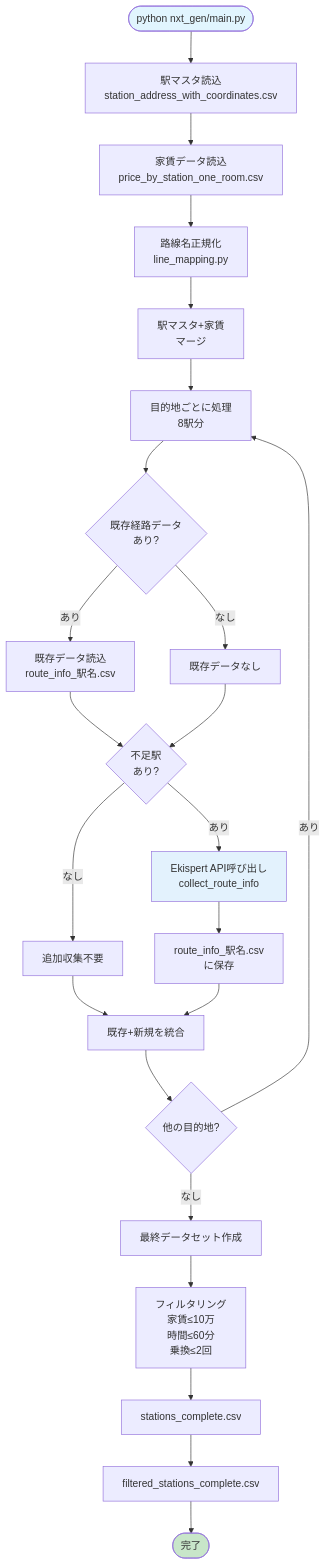
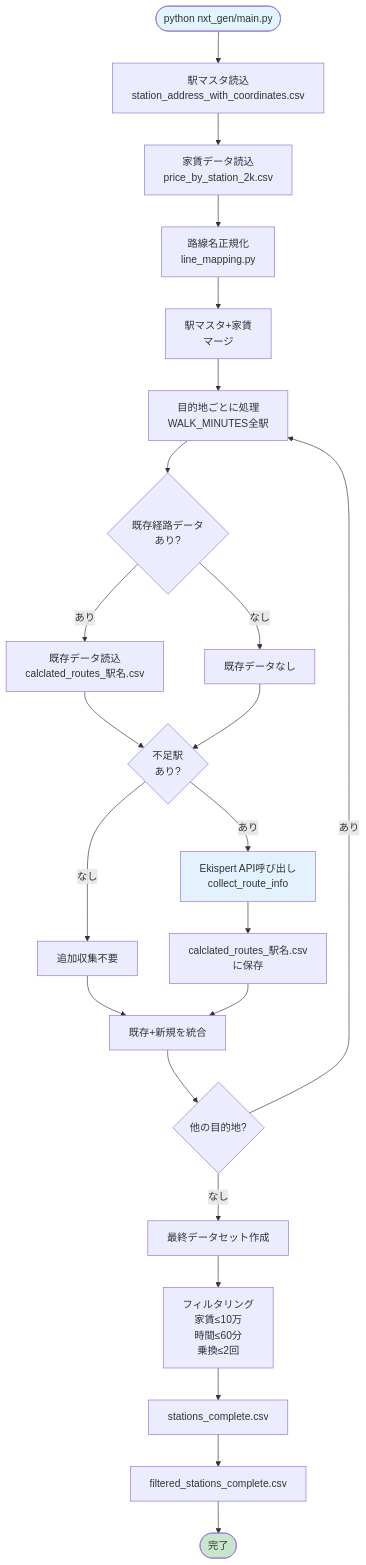
The third of 5 diagrams in PROJECT_OVERVIEW.md (masa350z/stationscraper), drawn with Mermaid before and after one commit. The commit also changed other lines of this file and 37 other files, not shown here.

````diff
--- a/PROJECT_OVERVIEW.md
+++ b/PROJECT_OVERVIEW.md
@@ -278,38 +331,38 @@
 ```mermaid
 flowchart TD
     START([python nxt_gen/main.py]) --> LOAD1[駅マスタ読込<br/>station_address_with_coordinates.csv]
-    LOAD1 --> LOAD2[家賃データ読込<br/>price_by_station_one_room.csv]
+    LOAD1 --> LOAD2[家賃データ読込<br/>price_by_station_2k.csv]
 
     LOAD2 --> NORM[路線名正規化<br/>line_mapping.py]
     NORM --> MERGE[駅マスタ+家賃<br/>マージ]
 
-    MERGE --> LOOP_START[目的地ごとに処理<br/>8駅分]
+    MERGE --> LOOP_START[目的地ごとに処理<br/>WALK_MINUTES全駅]
 
     LOOP_START --> CHECK_EXIST{既存経路データ<br/>あり?}
-    CHECK_EXIST -->|あり| LOAD_EXIST["既存データ読込<br/>route_info_駅名.csv"]
+    CHECK_EXIST -->|あり| LOAD_EXIST["既存データ読込<br/>calclated_routes_駅名.csv"]
     CHECK_EXIST -->|なし| NO_EXIST[既存データなし]
 
     LOAD_EXIST --> CHECK_MISSING{不足駅<br/>あり?}
     NO_EXIST --> CHECK_MISSING
 
     CHECK_MISSING -->|あり| API_COLLECT[Ekispert API呼び出し<br/>collect_route_info]
     CHECK_MISSING -->|なし| SKIP_API[追加収集不要]
 
-    API_COLLECT --> SAVE_ROUTE["route_info_駅名.csv<br/>に保存"]
+    API_COLLECT --> SAVE_ROUTE["calclated_routes_駅名.csv<br/>に保存"]
     SKIP_API --> COMBINE
     SAVE_ROUTE --> COMBINE[既存+新規を統合]
 
     COMBINE --> CHECK_MORE{他の目的地?}
     CHECK_MORE -->|あり| LOOP_START
     CHECK_MORE -->|なし| PREPARE[最終データセット作成]
 
     PREPARE --> FILTER[フィルタリング<br/>家賃≤10万<br/>時間≤60分<br/>乗換≤2回]
 
     FILTER --> SAVE1[stations_complete.csv]
     SAVE1 --> SAVE2[filtered_stations_complete.csv]
     SAVE2 --> END([完了])
 
     style START fill:#e1f5fe
     style API_COLLECT fill:#e3f2fd
     style END fill:#c8e6c9
 ```
````
